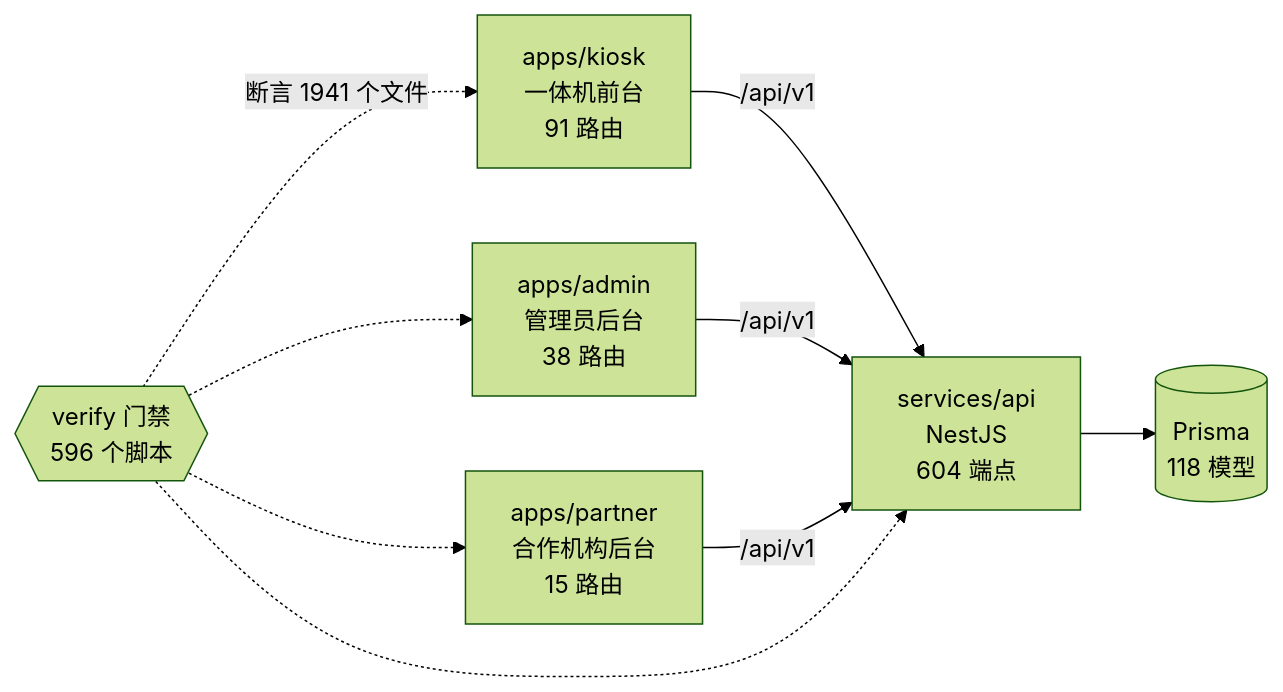
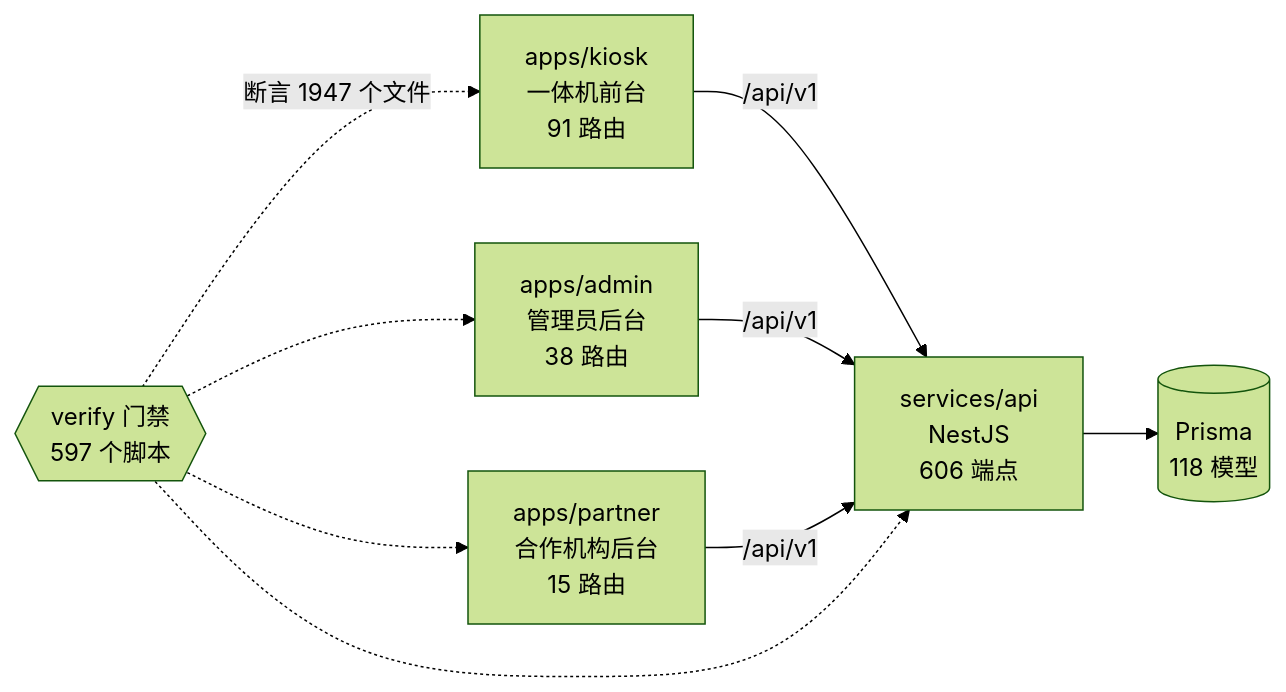
One commit to wanglei581/YITIJI changed the diagram in docs/graph/README.md. Above: the diagram before and after it, drawn with Mermaid (forest theme). The commit also changed other lines of this file and 4 other files, not shown here.

First line of the commit message:
docs(graph)：屏上扫描后端第一批后重出图谱(+2 端点、+1 门禁脚本)

````diff
--- a/docs/graph/README.md
+++ b/docs/graph/README.md
@@ -68,18 +68,18 @@
 ```mermaid
 flowchart LR
   kiosk["apps/kiosk<br/>一体机前台<br/>91 路由"]
   admin["apps/admin<br/>管理员后台<br/>38 路由"]
   partner["apps/partner<br/>合作机构后台<br/>15 路由"]
-  api["services/api<br/>NestJS<br/>604 端点"]
+  api["services/api<br/>NestJS<br/>606 端点"]
   db[("Prisma<br/>118 模型")]
-  gates{{"verify 门禁<br/>596 个脚本"}}
+  gates{{"verify 门禁<br/>597 个脚本"}}
 
   kiosk -->|"/api/v1"| api
   admin -->|"/api/v1"| api
   partner -->|"/api/v1"| api
   api --> db
-  gates -.->|"断言 1941 个文件"| kiosk
+  gates -.->|"断言 1947 个文件"| kiosk
   gates -.-> admin
   gates -.-> partner
   gates -.-> api
 ```
````
